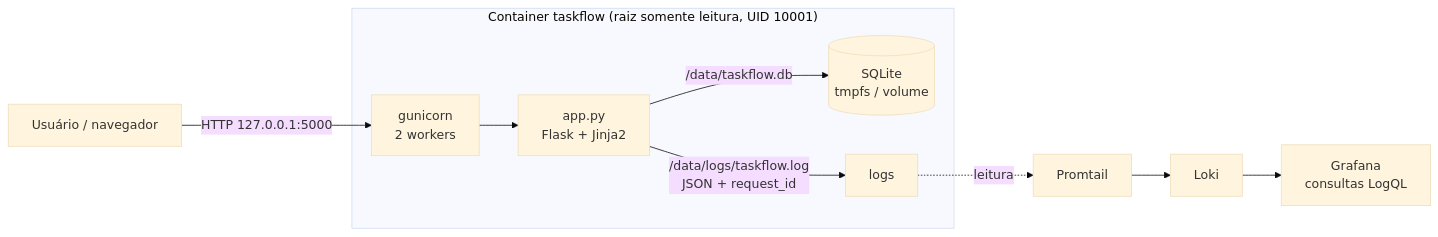
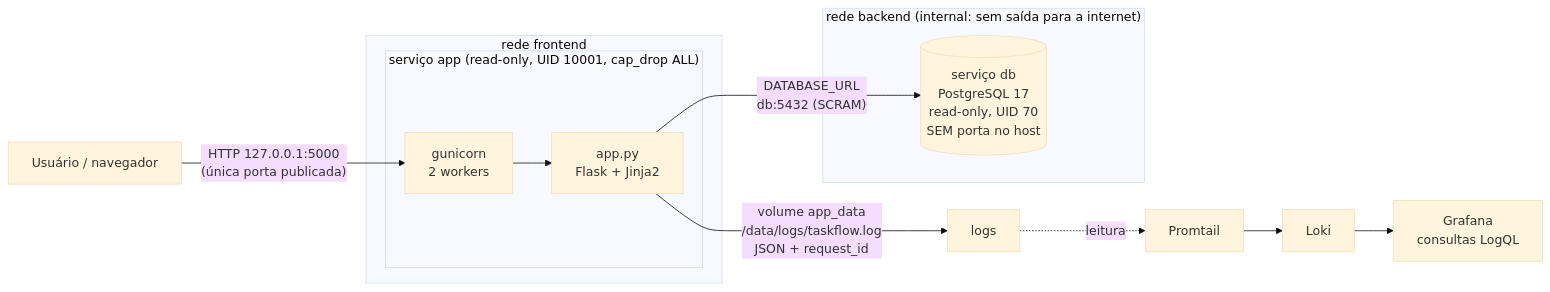
The second of 2 diagrams in README.md (msrscs/taskflow-test), drawn with Mermaid (base theme) before and after one commit. The commit also changed other lines of this file and 13 other files, not shown here.

Commit message:
feat(iac): docker-compose seguro com PostgreSQL, Terraform corrigido e terraform-validate no CI

````diff
--- a/README.md
+++ b/README.md
@@ -49,14 +53,21 @@
 ```mermaid
 flowchart LR
-  U[Usuário / navegador] -->|"HTTP 127.0.0.1:5000"| G
+  U[Usuário / navegador] -->|"HTTP 127.0.0.1:5000<br/>(única porta publicada)"| G
 
-  subgraph C["Container taskflow (raiz somente leitura, UID 10001)"]
-    G[gunicorn<br/>2 workers] --> A[app.py<br/>Flask + Jinja2]
-    A -->|"/data/taskflow.db"| DB[(SQLite<br/>tmpfs / volume)]
-    A -->|"/data/logs/taskflow.log<br/>JSON + request_id"| L[logs]
+  subgraph FE["rede frontend"]
+    subgraph APP["serviço app (read-only, UID 10001, cap_drop ALL)"]
+      G[gunicorn<br/>2 workers] --> A[app.py<br/>Flask + Jinja2]
+    end
   end
+
+  subgraph BE["rede backend (internal: sem saída para a internet)"]
+    DB[(serviço db<br/>PostgreSQL 17<br/>read-only, UID 70<br/>SEM porta no host)]
+  end
+
+  A -->|"DATABASE_URL<br/>db:5432 (SCRAM)"| DB
+  A -->|"volume app_data<br/>/data/logs/taskflow.log<br/>JSON + request_id"| L[logs]
 
   L -.->|leitura| P[Promtail]
   P --> LK[Loki]
   LK --> GF[Grafana<br/>consultas LogQL]
 ```
````
